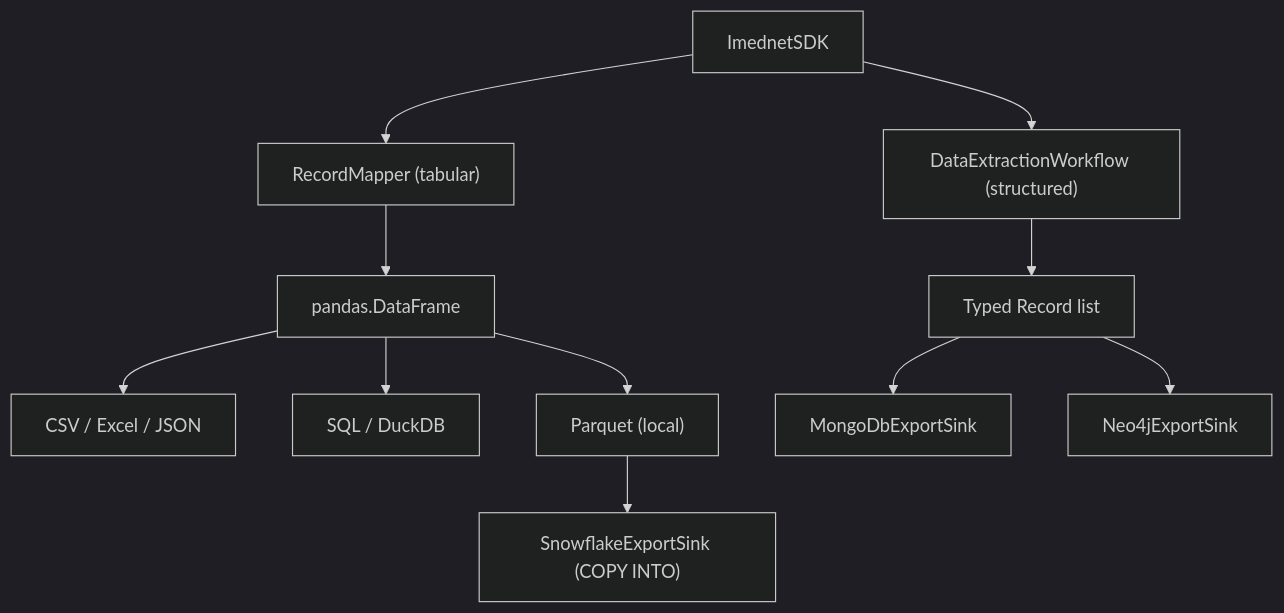
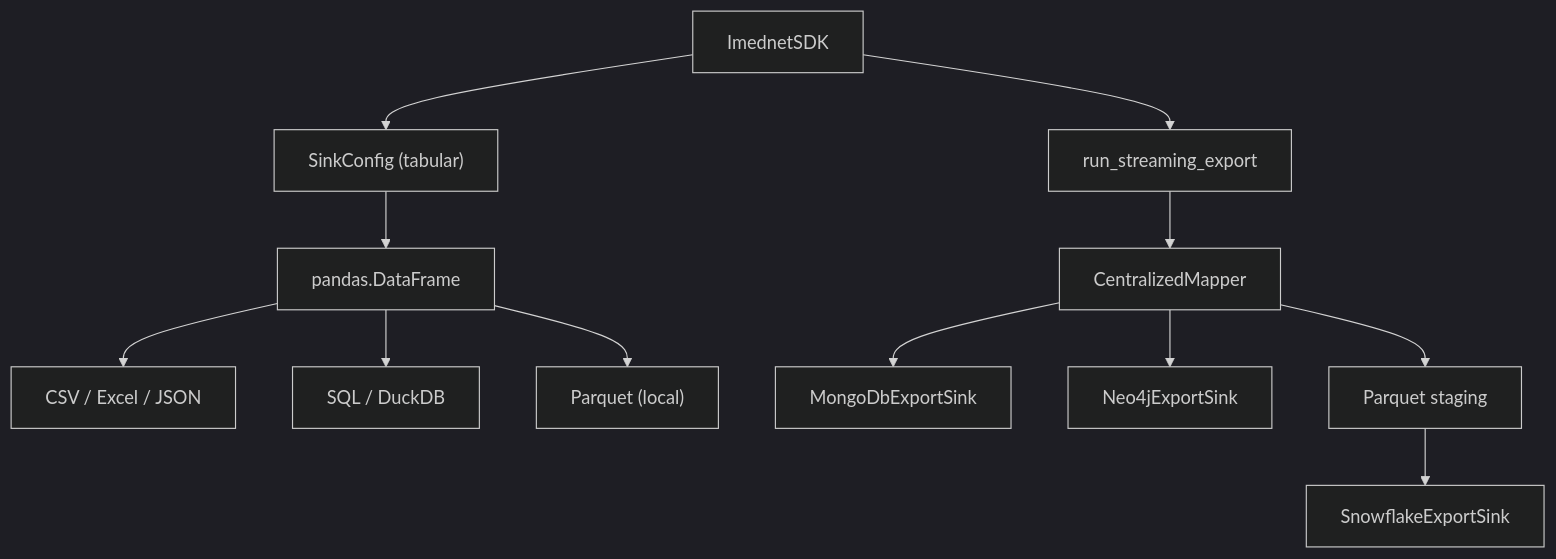
Before and after one commit to fderuiter/imednet-toolkit: the diagram in docs/diagrams/architecture_6.mmd, drawn with Mermaid (dark theme). The commit also changed 31 other files, not shown here.

```diff
--- a/docs/diagrams/architecture_6.mmd
+++ b/docs/diagrams/architecture_6.mmd
@@ -1,13 +1,14 @@
 graph TD
     accTitle: Tabular and Structured Data Export Sink Topology
-    accDescr: Flowchart comparing RecordMapper DataFrame exports to CSV, SQL, Parquet, and Snowflake against DataExtractionWorkflow exports to MongoDB and Neo4j
-    SDK["ImednetSDK"] --> RM["RecordMapper (tabular)"]
-    SDK --> DEW["DataExtractionWorkflow (structured)"]
-    RM --> DF["pandas.DataFrame"]
+    accDescr: Flowchart showing ImednetSDK routing tabular exports via SinkConfig and pandas.DataFrame to CSV, SQL, and Parquet, and streaming structured exports via CentralizedMapper to MongoDbExportSink, Neo4jExportSink, and SnowflakeExportSink
+    SDK["ImednetSDK"] --> TAB["SinkConfig (tabular)"]
+    SDK --> STREAM["run_streaming_export"]
+    TAB --> DF["pandas.DataFrame"]
     DF --> T1["CSV / Excel / JSON"]
     DF --> T2["SQL / DuckDB"]
     DF --> T3["Parquet (local)"]
-    DEW --> REC["Typed Record list"]
-    REC --> D["MongoDbExportSink"]
-    REC --> G["Neo4jExportSink"]
-    T3 --> W["SnowflakeExportSink (COPY INTO)"]
+    STREAM --> CM["CentralizedMapper"]
+    CM --> D["MongoDbExportSink"]
+    CM --> G["Neo4jExportSink"]
+    CM --> STAGE["Parquet staging"]
+    STAGE --> W["SnowflakeExportSink"]
```
